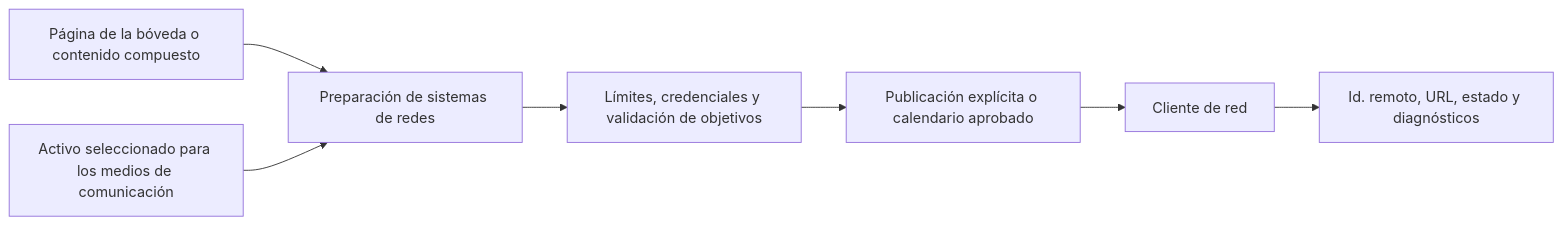
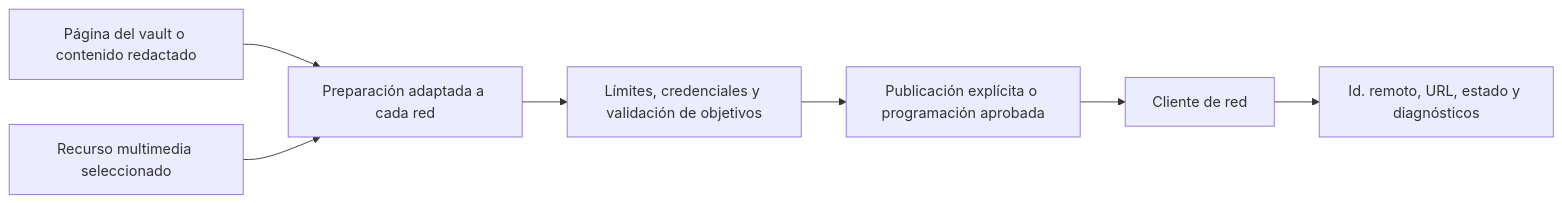
One commit to ismigar/Gnosi changed the diagram in docs/engineering-es/domains/social-publishing.md. Above: the diagram before and after it, drawn with Mermaid. The commit also changed other lines of this file and 96 other files, not shown here.

````diff
--- a/docs/engineering-es/domains/social-publishing.md
+++ b/docs/engineering-es/domains/social-publishing.md
@@ -43,9 +62,9 @@
 ```mermaid
 flowchart LR
-    Source["Página de la bóveda o contenido compuesto"] --> Prepare["Preparación de sistemas de redes"]
-    Media["Activo seleccionado para los medios de comunicación"] --> Prepare
+    Source["Página del vault o contenido redactado"] --> Prepare["Preparación adaptada a cada red"]
+    Media["Recurso multimedia seleccionado"] --> Prepare
     Prepare --> Validate["Límites, credenciales y validación de objetivos"]
-    Validate --> Confirm["Publicación explícita o calendario aprobado"]
+    Validate --> Confirm["Publicación explícita o programación aprobada"]
     Confirm --> Adapter["Cliente de red"]
     Adapter --> Result["Id. remoto, URL, estado y diagnósticos"]
 ```
````
